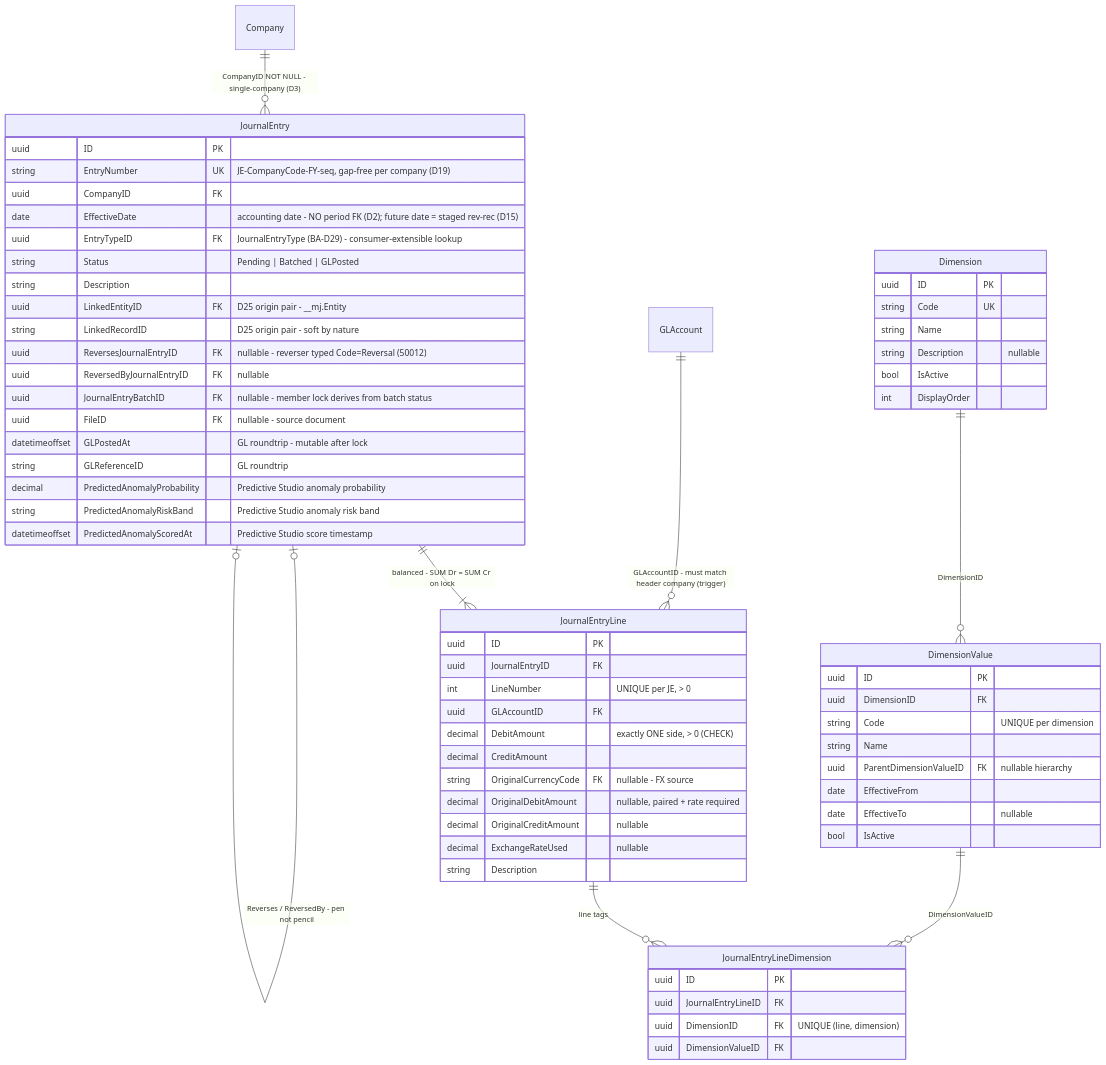
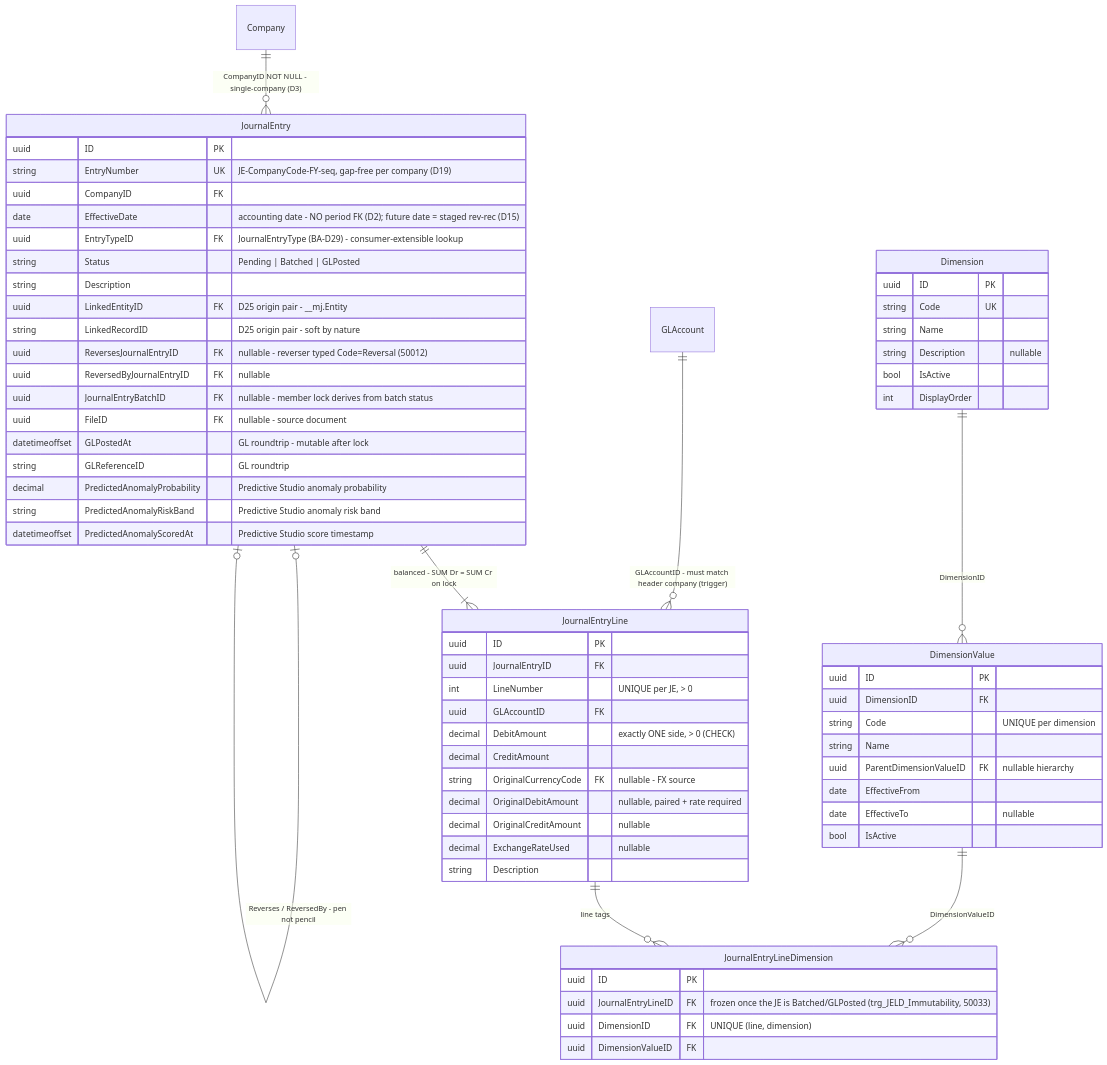
Before and after one commit to MemberJunction/bizapps-accounting: the sixth of 14 diagrams in docs/bizapps-accounting-erd.md, drawn with Mermaid. The commit also changed other lines of this file and 16 other files, not shown here.

````diff
--- a/docs/bizapps-accounting-erd.md
+++ b/docs/bizapps-accounting-erd.md
@@ -629,68 +630,68 @@
 ```mermaid
 erDiagram
     Company ||--o{ JournalEntry : "CompanyID NOT NULL - single-company (D3)"
     JournalEntry ||--|{ JournalEntryLine : "balanced - SUM Dr = SUM Cr on lock"
     GLAccount ||--o{ JournalEntryLine : "GLAccountID - must match header company (trigger)"
     JournalEntry |o--o| JournalEntry : "Reverses / ReversedBy - pen not pencil"
     JournalEntryLine ||--o{ JournalEntryLineDimension : "line tags"
     Dimension ||--o{ DimensionValue : "DimensionID"
     DimensionValue ||--o{ JournalEntryLineDimension : "DimensionValueID"
 
     JournalEntry {
         uuid ID PK
         string EntryNumber UK "JE-CompanyCode-FY-seq, gap-free per company (D19)"
         uuid CompanyID FK
         date EffectiveDate "accounting date - NO period FK (D2); future date = staged rev-rec (D15)"
         uuid EntryTypeID FK "JournalEntryType (BA-D29) - consumer-extensible lookup"
         string Status "Pending | Batched | GLPosted"
         string Description
         uuid LinkedEntityID FK "D25 origin pair - __mj.Entity"
         string LinkedRecordID "D25 origin pair - soft by nature"
         uuid ReversesJournalEntryID FK "nullable - reverser typed Code=Reversal (50012)"
         uuid ReversedByJournalEntryID FK "nullable"
         uuid JournalEntryBatchID FK "nullable - member lock derives from batch status"
         uuid FileID FK "nullable - source document"
         datetimeoffset GLPostedAt "GL roundtrip - mutable after lock"
         string GLReferenceID "GL roundtrip"
         decimal PredictedAnomalyProbability "Predictive Studio anomaly probability"
         string PredictedAnomalyRiskBand "Predictive Studio anomaly risk band"
         datetimeoffset PredictedAnomalyScoredAt "Predictive Studio score timestamp"
     }
     JournalEntryLine {
         uuid ID PK
         uuid JournalEntryID FK
         int LineNumber "UNIQUE per JE, > 0"
         uuid GLAccountID FK
         decimal DebitAmount "exactly ONE side, > 0 (CHECK)"
         decimal CreditAmount
         string OriginalCurrencyCode FK "nullable - FX source"
         decimal OriginalDebitAmount "nullable, paired + rate required"
         decimal OriginalCreditAmount "nullable"
         decimal ExchangeRateUsed "nullable"
         string Description
     }
     JournalEntryLineDimension {
         uuid ID PK
-        uuid JournalEntryLineID FK
+        uuid JournalEntryLineID FK "frozen once the JE is Batched/GLPosted (trg_JELD_Immutability, 50033)"
         uuid DimensionID FK "UNIQUE (line, dimension)"
         uuid DimensionValueID FK
     }
     Dimension {
         uuid ID PK
         string Code UK
         string Name
         string Description "nullable"
         bool IsActive
         int DisplayOrder
     }
     DimensionValue {
         uuid ID PK
         uuid DimensionID FK
         string Code "UNIQUE per dimension"
         string Name
         uuid ParentDimensionValueID FK "nullable hierarchy"
         date EffectiveFrom
         date EffectiveTo "nullable"
         bool IsActive
     }
 ```
````
